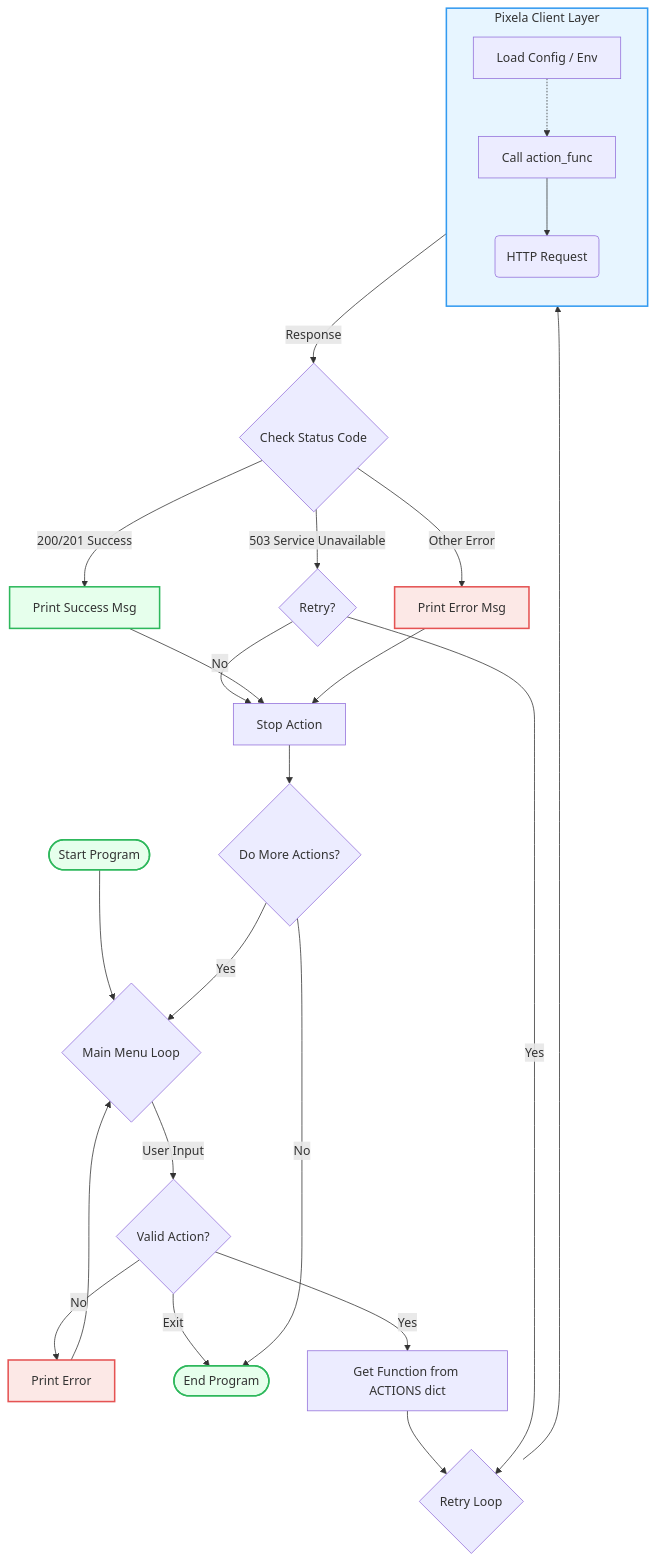
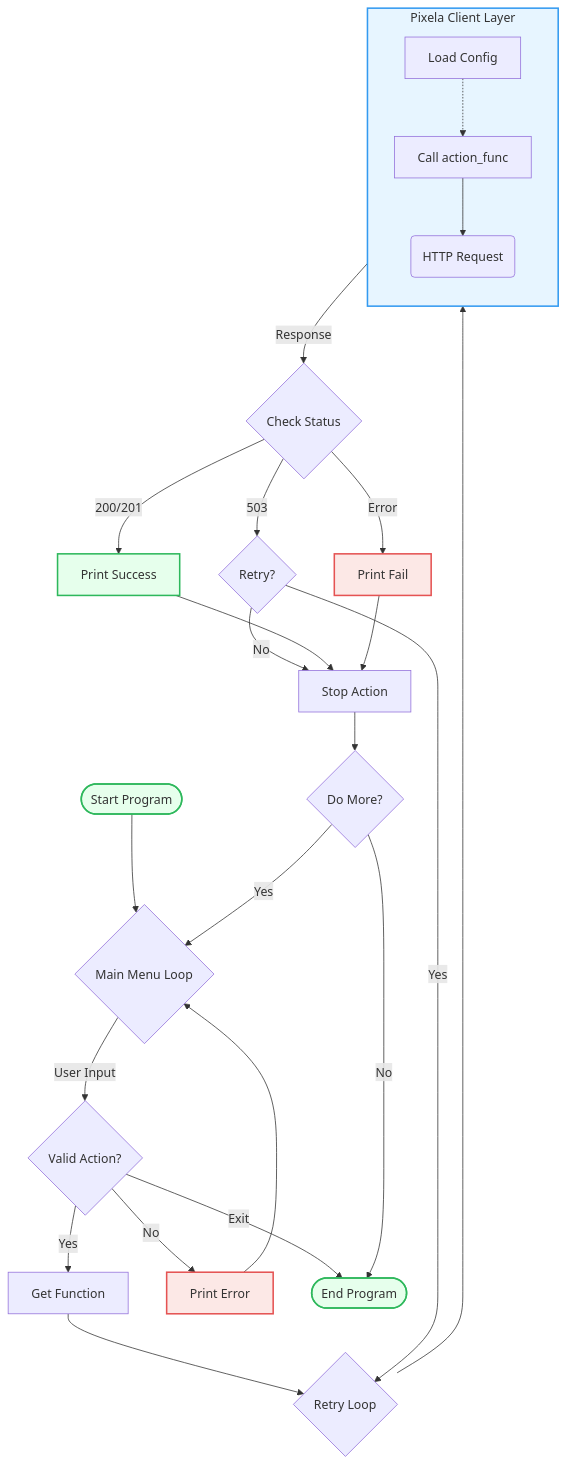
The diagram in daily_logs/day_37.md (hashorva/100-days-of-Python), drawn with Mermaid before and after one commit.

Commit message:
chore: small improvements to mermaid on day_37

````diff
--- a/daily_logs/day_37.md
+++ b/daily_logs/day_37.md
@@ -199,48 +199,53 @@
 ```mermaid
 graph TD
-    %% Nodes
+    %% Main Flow - Center Column
     Start([Start Program]) --> MainLoop{Main Menu Loop}
     MainLoop -->|User Input| Action{Valid Action?}
     
-    %% Invalid Path
-    Action -->|No| ErrorMsg[Print Error] --> MainLoop
+    %% Right Branch - Success Path
+    Action -->|Yes| Execute[Get Function]
+    Execute --> RetryLoop{Retry Loop}
+    
+    %% Left Branch - Error Path
+    Action -->|No| ErrorMsg[Print Error]
+    ErrorMsg --> MainLoop
     Action -->|Exit| End([End Program])
     
-    %% Valid Path
-    Action -->|Yes| Execute[Get Function from ACTIONS dict]
-    Execute --> RetryLoop{Retry Loop}
-    
-    %% Client Layer Subgraph
-    subgraph Client_Layer [Pixela Client Layer]
+    %% Client Layer (Centered below Execute)
+    subgraph Client [Pixela Client Layer]
         direction TB
         CallFunc[Call action_func]
-        Config[Load Config / Env] -.-> CallFunc
+        Config[Load Config] -.-> CallFunc
         CallFunc --> API_Req(HTTP Request)
     end
     
     RetryLoop --> CallFunc
     
-    %% API Response Handling
-    API_Req -->|Response| Status{Check Status Code}
+    %% Response Handling
+    API_Req -->|Response| Status{Check Status}
     
-    Status -->|503 Service Unavailable| AskRetry{Retry?}
+    %% Status Branches
+    Status -->|503| AskRetry{Retry?}
+    Status -->|200/201| Success[Print Success]
+    Status -->|Error| Fail[Print Fail]
+    
+    %% Closing the Loops
     AskRetry -->|Yes| RetryLoop
-    AskRetry -->|No| BreakInner[Stop Action]
+    AskRetry -->|No| Stop[Stop Action]
     
-    Status -->|200/201 Success| PrintSuccess[Print Success Msg] --> BreakInner
-    Status -->|Other Error| PrintFail[Print Error Msg] --> BreakInner
+    Success --> Stop
+    Fail --> Stop
     
-    %% Loop Back Logic
-    BreakInner --> AskAgain{Do More Actions?}
-    AskAgain -->|Yes| MainLoop
-    AskAgain -->|No| End
+    Stop --> More{Do More?}
+    More -->|Yes| MainLoop
+    More -->|No| End
     
     %% Styling
     classDef green fill:#e6ffec,stroke:#2eb85c,stroke-width:2px;
     classDef red fill:#fce8e6,stroke:#e55353,stroke-width:2px;
     classDef blue fill:#e7f5ff,stroke:#339af0,stroke-width:2px;
     
-    class PrintSuccess,Start,End green;
-    class PrintFail,ErrorMsg red;
-    class Client_Layer blue;
+    class Start,End,Success green;
+    class ErrorMsg,Fail red;
+    class Client blue;
 ```
````
